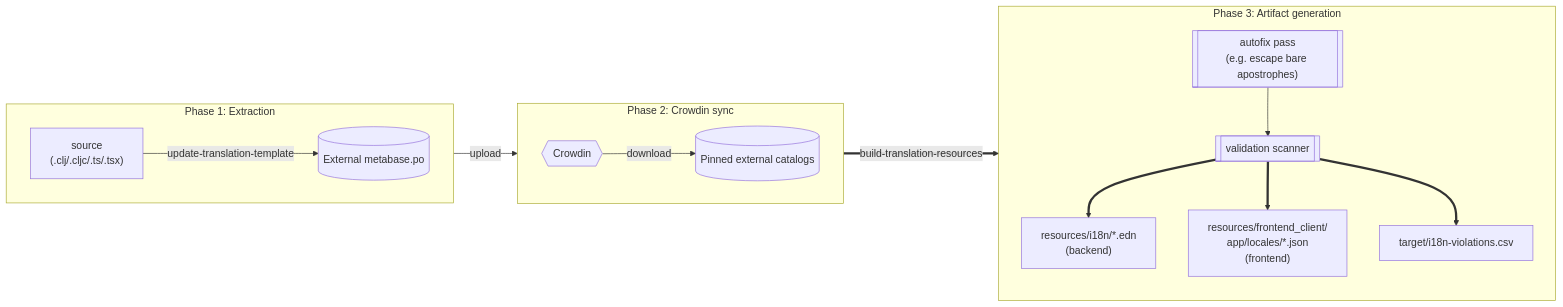
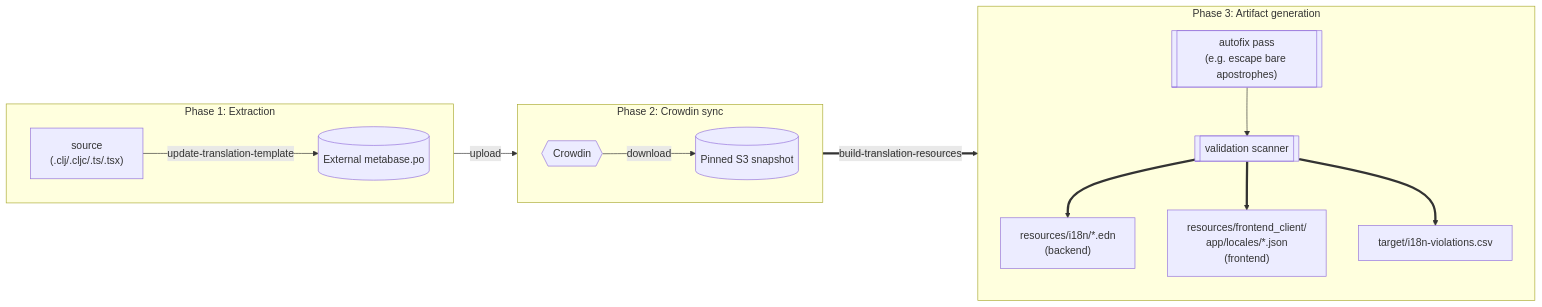
Before and after one commit to metabase/metabase: the diagram in bin/i18n/README.md, drawn with Mermaid. The commit also changed other lines of this file and 18 other files, not shown here.

````diff
--- a/bin/i18n/README.md
+++ b/bin/i18n/README.md
@@ -51,32 +63,32 @@
 ```mermaid
 flowchart LR
     subgraph Extract ["Phase 1: Extraction"]
         direction LR
         Source["source<br/>(.clj/.cljc/.ts/.tsx)"]
         Pot[(External metabase.po)]
         Source -->|update-translation-template| Pot
     end
 
     subgraph Sync ["Phase 2: Crowdin sync"]
         direction LR
         Crowdin{{Crowdin}}
-        LocalePo[(Pinned external catalogs)]
+        LocalePo[(Pinned S3 snapshot)]
         Crowdin -->|download| LocalePo
     end
 
     subgraph Build ["Phase 3: Artifact generation"]
         direction TB
         Autofix[["autofix pass<br/>(e.g. escape bare apostrophes)"]]
         Scanner[["validation scanner"]]
         Edn["resources/i18n/*.edn<br/>(backend)"]
         Json["resources/frontend_client/<br/>app/locales/*.json<br/>(frontend)"]
         Csv["target/i18n-violations.csv"]
         Autofix --> Scanner
         Scanner ==> Edn
         Scanner ==> Json
         Scanner ==> Csv
     end
 
     Pot -->|upload| Crowdin
     LocalePo ==>|build-translation-resources| Autofix
 ```
````
